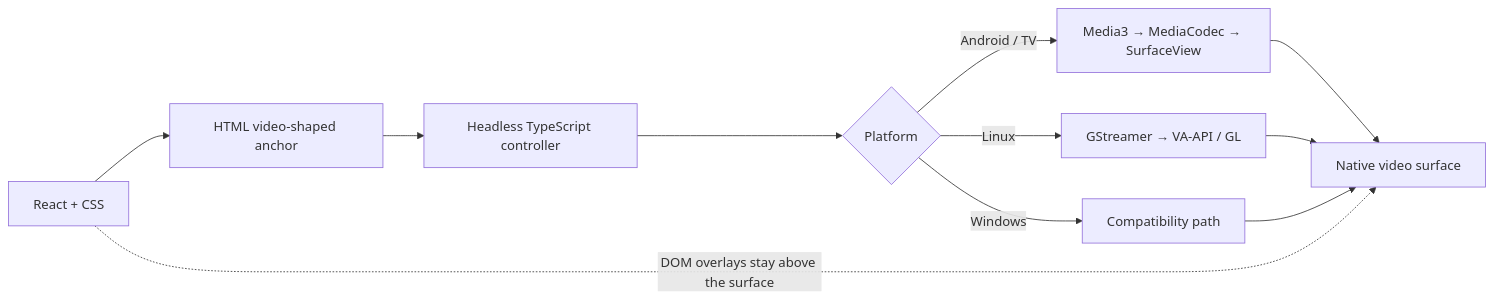
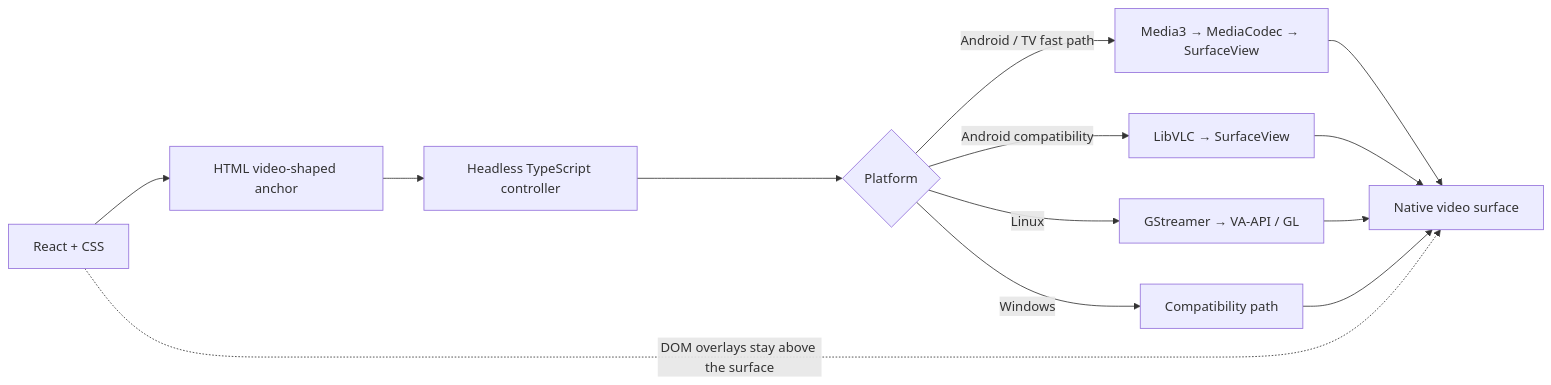
One commit to get-air/tauri-video-plugin changed the diagram in README.md. Above: the diagram before and after it, drawn with Mermaid. The commit also changed other lines of this file and 15 other files, not shown here.

Commit message:
fix(android): add direct surface compatibility playback

````diff
--- a/README.md
+++ b/README.md
@@ -30,13 +30,15 @@
 ```mermaid
 flowchart LR
   A["React + CSS"] --> B["HTML video-shaped anchor"]
   B --> C["Headless TypeScript controller"]
   C --> D{"Platform"}
-  D -->|Android / TV| E["Media3 → MediaCodec → SurfaceView"]
+  D -->|Android / TV fast path| E["Media3 → MediaCodec → SurfaceView"]
+  D -->|Android compatibility| I["LibVLC → SurfaceView"]
   D -->|Linux| F["GStreamer → VA-API / GL"]
   D -->|Windows| G["Compatibility path"]
   E --> H["Native video surface"]
+  I --> H
   F --> H
   G --> H
   A -. "DOM overlays stay above the surface" .-> H
 ```
````
